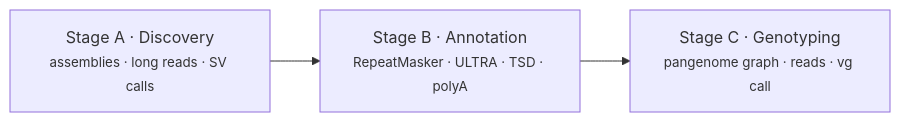
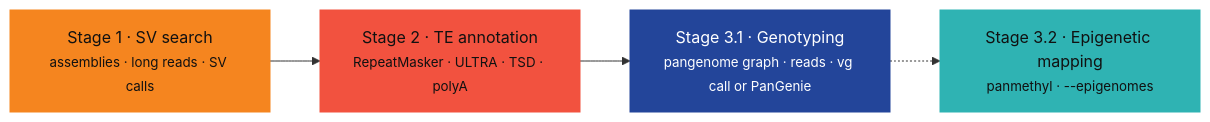
One commit to cgroza/GraffiTE changed the diagram in README.md. Above: the diagram before and after it, drawn with Mermaid. The commit also changed 19 other files, not shown here.

````diff
--- a/README.md
+++ b/README.md
@@ -26,7 +26,16 @@
 ```mermaid
 flowchart LR
-    A["Stage A · Discovery<br/><small>assemblies · long reads · SV calls</small>"]
-    B["Stage B · Annotation<br/><small>RepeatMasker · ULTRA · TSD · polyA</small>"]
-    C["Stage C · Genotyping<br/><small>pangenome graph · reads · vg call</small>"]
-    A --> B --> C
+    A["Stage 1 · SV search<br/><small>assemblies · long reads · SV calls</small>"]
+    B["Stage 2 · TE annotation<br/><small>RepeatMasker · ULTRA · TSD · polyA</small>"]
+    C1["Stage 3.1 · Genotyping<br/><small>pangenome graph · reads · vg call or PanGenie</small>"]
+    C2["Stage 3.2 · Epigenetic mapping<br/><small>panmethyl · --epigenomes</small>"]
+    A --> B --> C1 -.-> C2
+    classDef s1 fill:#f5851f,stroke:#f5851f,color:#111
+    classDef s2 fill:#f2523f,stroke:#f2523f,color:#111
+    classDef s31 fill:#23459a,stroke:#23459a,color:#fff
+    classDef s32 fill:#2fb3b3,stroke:#2fb3b3,color:#111
+    class A s1
+    class B s2
+    class C1 s31
+    class C2 s32
 ```
````
